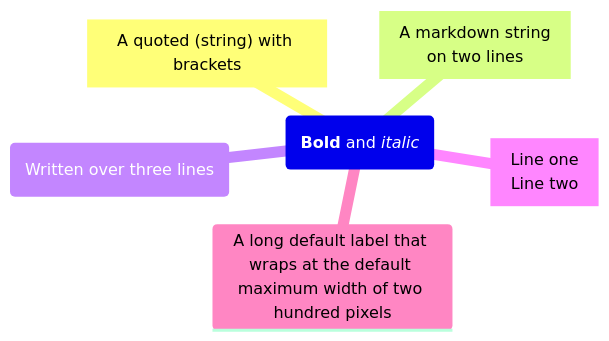
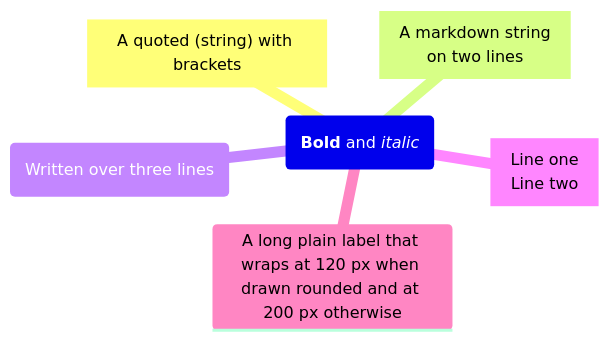
Before and after one commit to mermaid-js/mermaid-v13: the diagram in e2e/diagrams/mindmap/baseline/text/markdown-and-strings.mmd, drawn with Mermaid. The commit also changed 9 other files, not shown here.

First line of the commit message:
fix(mindmap): wrap square, rounded and hexagon labels at 120 px by default (#1174, D744)

```diff
--- a/e2e/diagrams/mindmap/baseline/text/markdown-and-strings.mmd
+++ b/e2e/diagrams/mindmap/baseline/text/markdown-and-strings.mmd
@@ -1,14 +1,14 @@
 ---
 description: every label is markdown (bold, italic), line breaks, quoted and markdown strings, and a multi-line label
 ---
 mindmap
   root("`**Bold** and _italic_`")
     a["A quoted (string) with brackets"]
     b["`A markdown string
     on two lines`"]
     c(
       Written over
       three lines
     )
     d[Line one<br>Line two]
-    A long default label that wraps at the default maximum width of two hundred pixels
+    A long plain label that wraps at 120 px when drawn rounded and at 200 px otherwise
```
